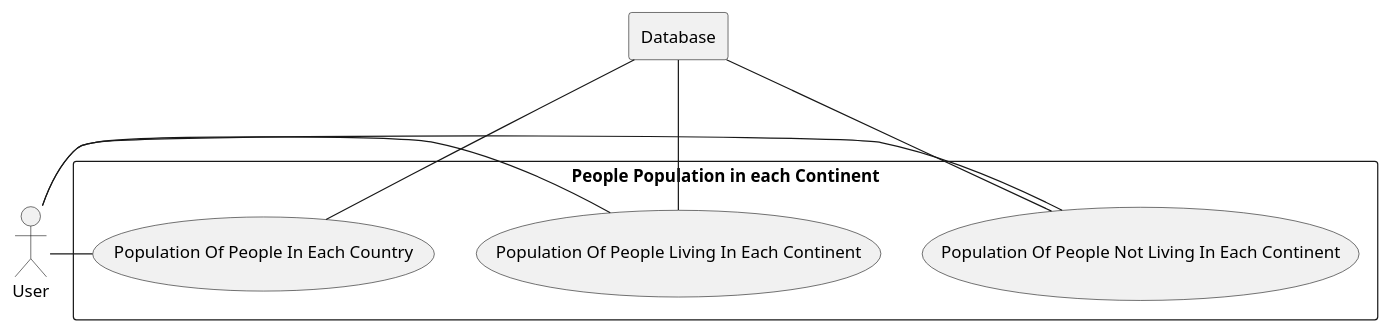
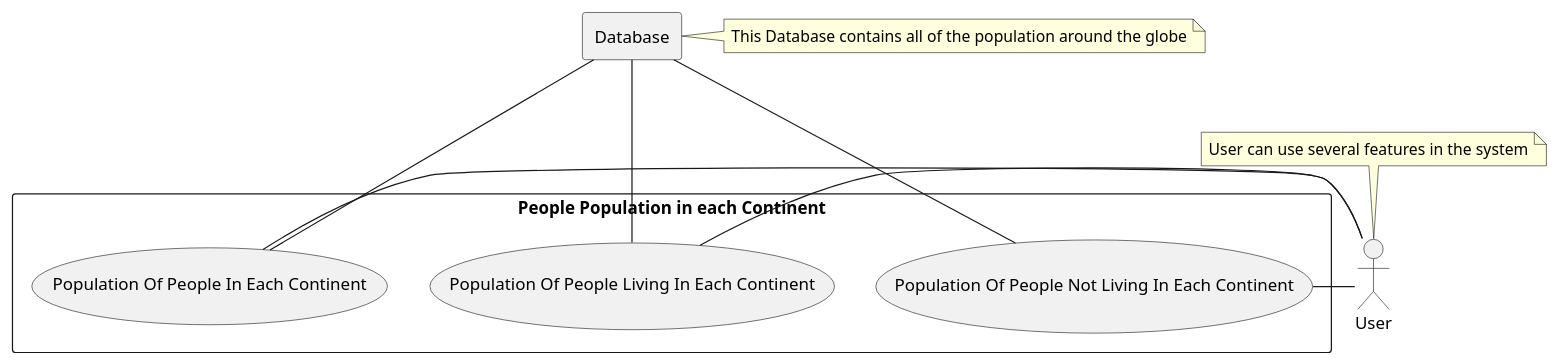
Before and after one commit to 40437404/DevOps_SET09623: the diagram in use-cases/PopulationOfPeopleInEachContinent.puml, drawn with PlantUML. The commit also changed 9 other files, not shown here.

Commit message:
UseCase Diagrams Updated

```diff
--- a/use-cases/PopulationOfPeopleInEachContinent.puml
+++ b/use-cases/PopulationOfPeopleInEachContinent.puml
@@ -1,15 +1,17 @@
 @startuml
     actor user as "User"
-    rectangle db as "Database"
+        note top of user: User can use several features in the system
+        rectangle db as "Database"
+        note right of db: This Database contains all of the population around the globe
     rectangle "People Population in each Continent"{
-        usecase PC1 as "Population Of People In Each Country"
+        usecase PC1 as "Population Of People In Each Continent"
         usecase PC2 as "Population Of People Living In Each Continent"
         usecase PC3 as "Population Of People Not Living In Each Continent"
         user - PC1
         user - PC2
         user - PC3
         db --- PC1
         db --- PC2
         db --- PC3
     }
 @enduml
```
